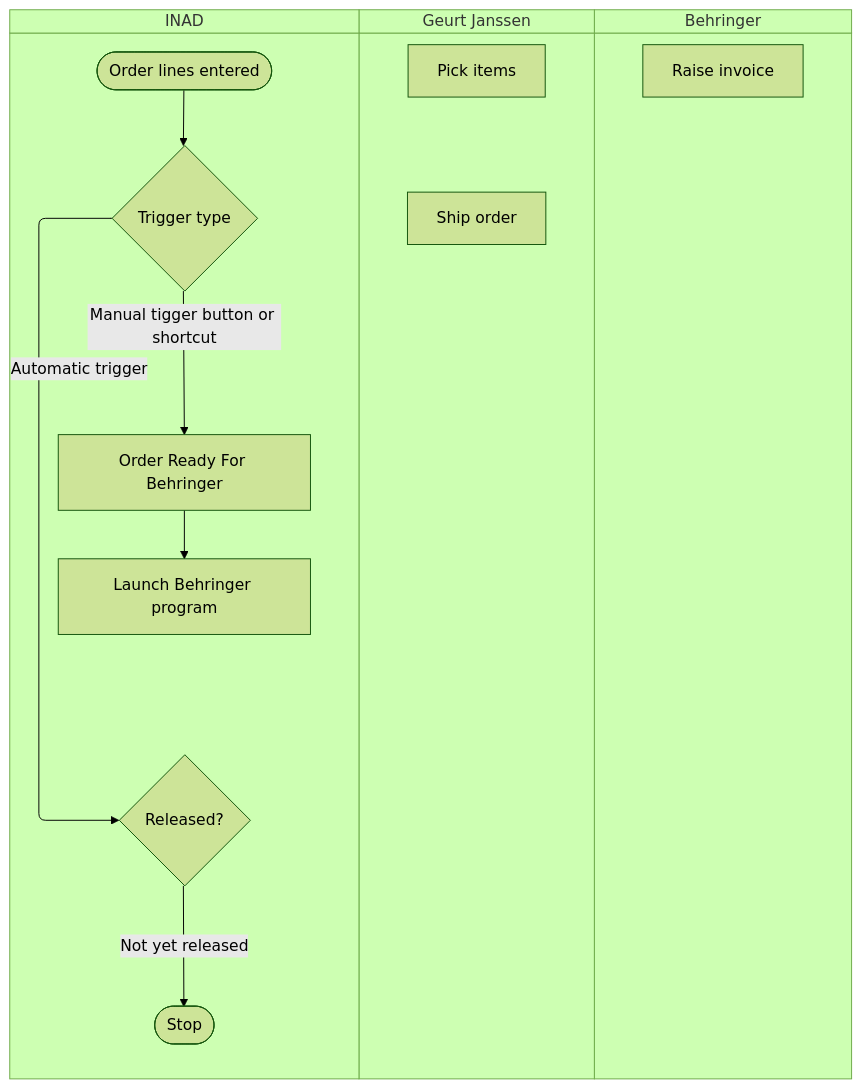
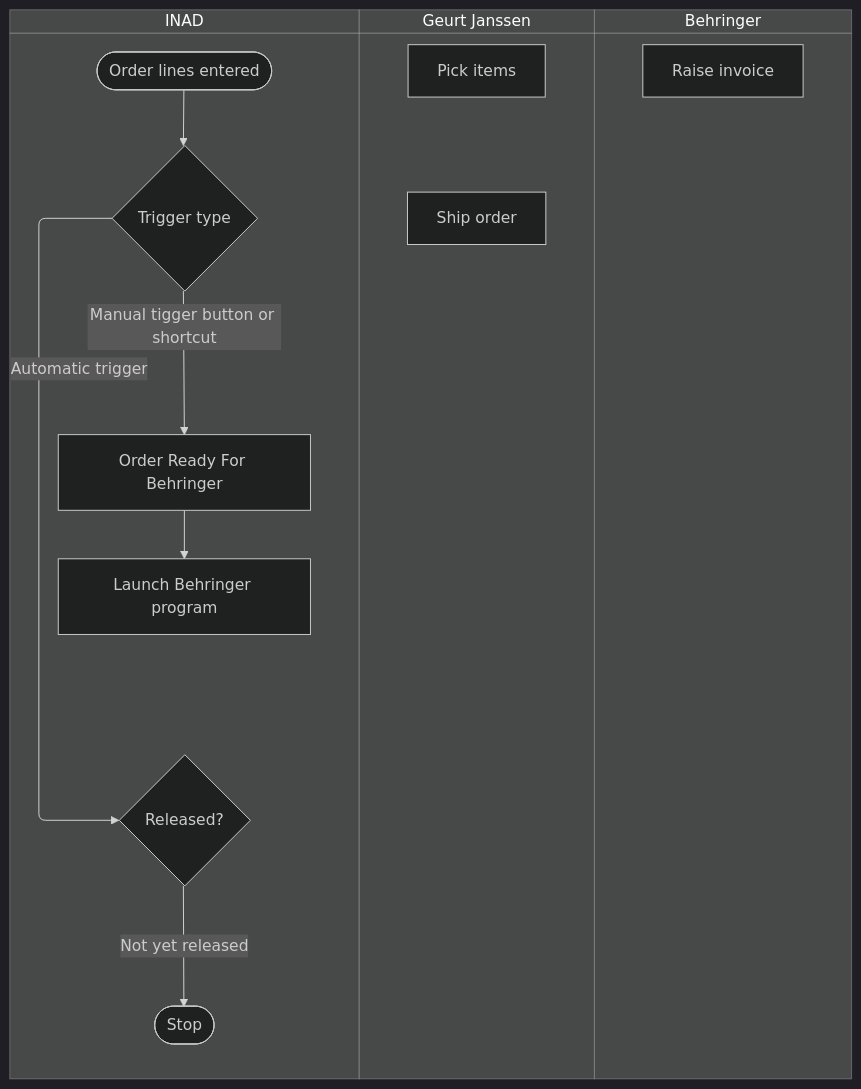
One commit to tmloosbr/inadbehringer changed the diagram in README.md. Above: the diagram before and after it, drawn with Mermaid.

````diff
--- a/README.md
+++ b/README.md
@@ -3,29 +3,29 @@
 ```mermaid
 ---
 config:
-  theme: forest
+  theme: dark
 ---
 
 
 swimlane-beta TB
   subgraph INAD
     OrderLinesEntered([Order lines entered])
     TriggerType{Trigger type}
 Released{Released?}
 OrderReadyForBehringer[Order Ready For Behringer]
 LaunchBehringerProgram[Launch Behringer program]
 Stop([Stop])
   end
   subgraph Geurt Janssen
     Pick[Pick items]
     Ship[Ship order]
   end
   subgraph Behringer
     Invoice[Raise invoice]
   end
 OrderLinesEntered --> TriggerType
 TriggerType --> |Automatic trigger| Released
 TriggerType --> |Manual tigger button or shortcut| OrderReadyForBehringer
 Released --> |Not yet released| Stop 
 OrderReadyForBehringer --> LaunchBehringerProgram
 ```
````
